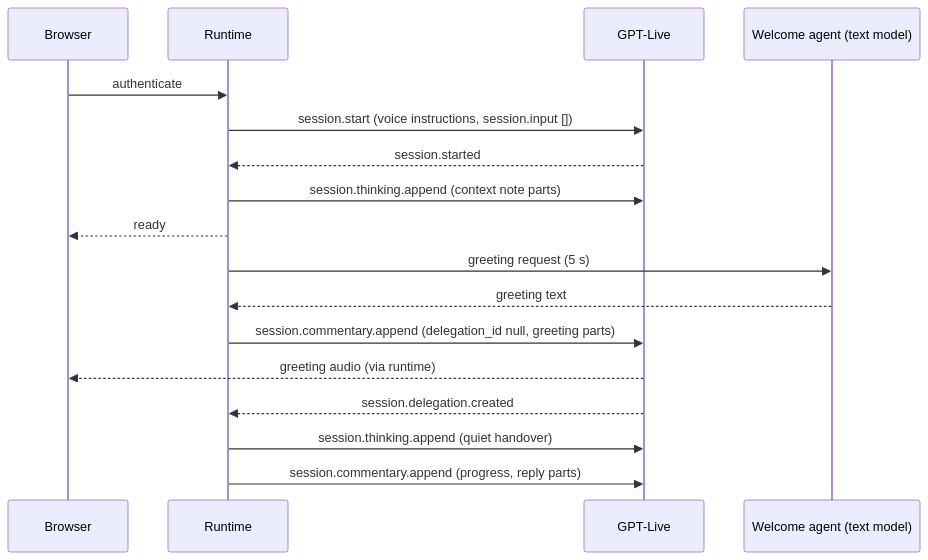
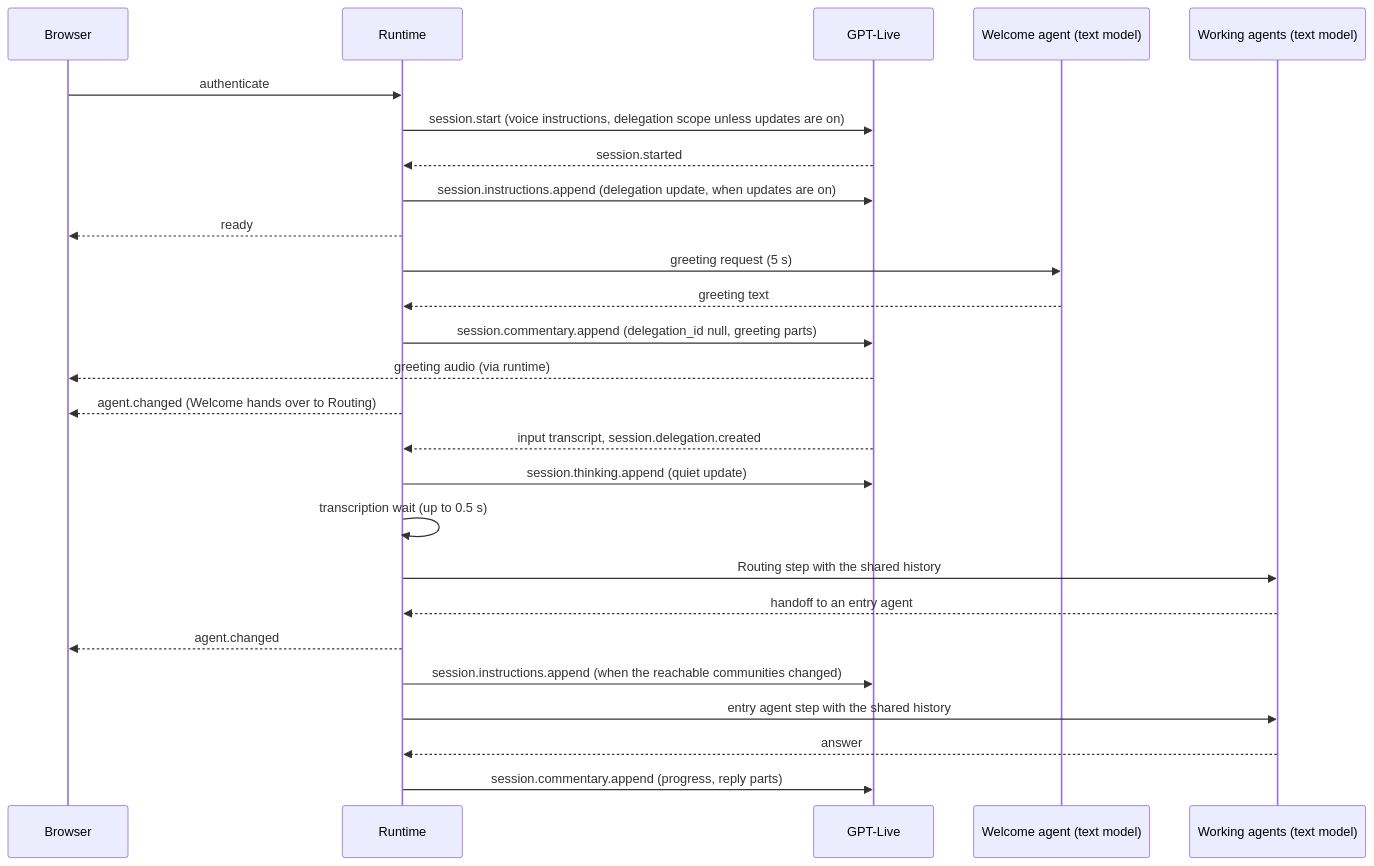
One commit to marvinbuss/caller-ai changed the sixth of 6 diagrams in docs/conversation-endpoints.md. Above: the diagram before and after it, drawn with Mermaid. The commit also changed other lines of this file and 116 other files, not shown here.

Commit message:
feat: share the conversation history across agents (spec 007)

````diff
--- a/docs/conversation-endpoints.md
+++ b/docs/conversation-endpoints.md
@@ -261,19 +389,28 @@
 ```mermaid
 sequenceDiagram
     participant B as Browser
     participant R as Runtime
     participant L as GPT-Live
     participant W as Welcome agent (text model)
+    participant A as Working agents (text model)
     B->>R: authenticate
-    R->>L: session.start (voice instructions, session.input [])
+    R->>L: session.start (voice instructions, delegation scope unless updates are on)
     L-->>R: session.started
-    R->>L: session.thinking.append (context note parts)
+    R->>L: session.instructions.append (delegation update, when updates are on)
     R-->>B: ready
     R->>W: greeting request (5 s)
     W-->>R: greeting text
     R->>L: session.commentary.append (delegation_id null, greeting parts)
     L-->>B: greeting audio (via runtime)
-    L-->>R: session.delegation.created
-    R->>L: session.thinking.append (quiet handover)
+    R-->>B: agent.changed (Welcome hands over to Routing)
+    L-->>R: input transcript, session.delegation.created
+    R->>L: session.thinking.append (quiet update)
+    R->>R: transcription wait (up to 0.5 s)
+    R->>A: Routing step with the shared history
+    A-->>R: handoff to an entry agent
+    R-->>B: agent.changed
+    R->>L: session.instructions.append (when the reachable communities changed)
+    R->>A: entry agent step with the shared history
+    A-->>R: answer
     R->>L: session.commentary.append (progress, reply parts)
 ```
````
